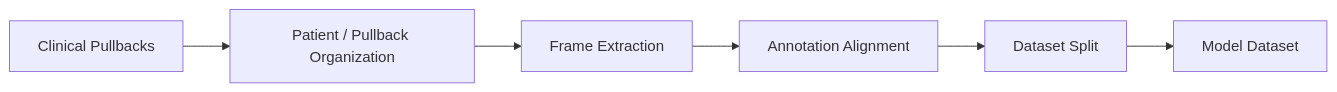
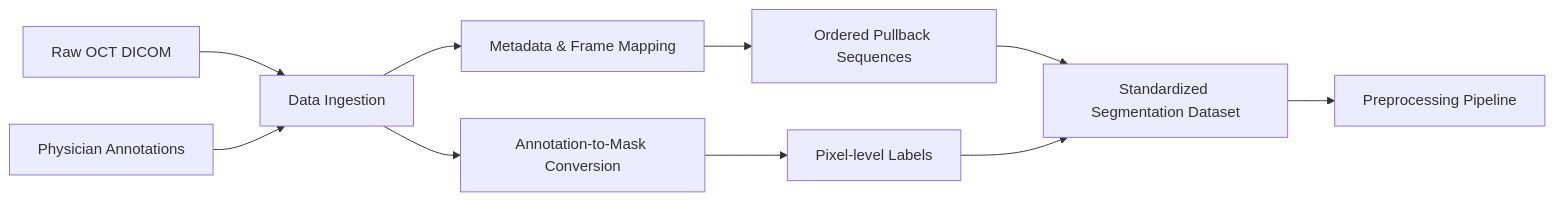
One commit to ChengYuChing/3D-DLimage-segmentation changed the second of 5 diagrams in README.md. Above: the diagram before and after it, drawn with Mermaid. The commit also changed other lines of this file, not shown here.

````diff
--- a/README.md
+++ b/README.md
@@ -83,8 +94,16 @@
 ```mermaid
 flowchart LR
-    A["Clinical Pullbacks"] --> B["Patient / Pullback Organization"]
-    B --> C["Frame Extraction"]
-    C --> D["Annotation Alignment"]
-    D --> E["Dataset Split"]
-    E --> F["Model Dataset"]
+    A["Raw OCT DICOM"] --> C["Data Ingestion"]
+    B["Physician Annotations"] --> C
+
+    C --> D["Metadata & Frame Mapping"]
+    C --> E["Annotation-to-Mask Conversion"]
+
+    D --> F["Ordered Pullback Sequences"]
+    E --> G["Pixel-level Labels"]
+
+    F --> H["Standardized Segmentation Dataset"]
+    G --> H
+
+    H --> I["Preprocessing Pipeline"]
 ```
````
